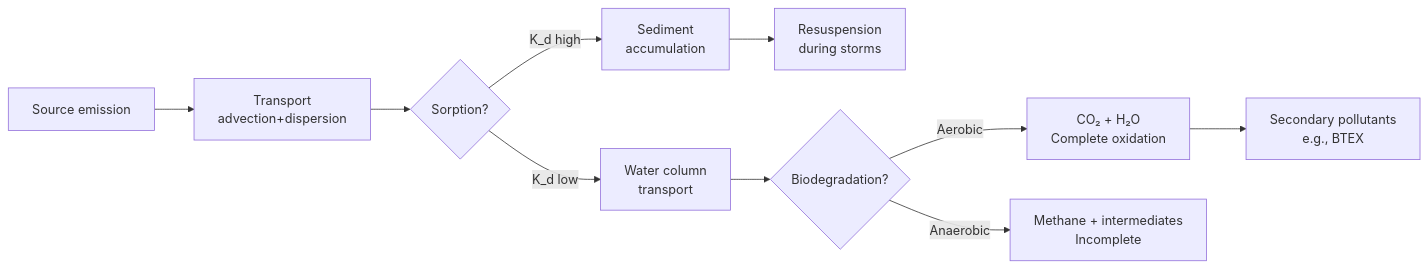
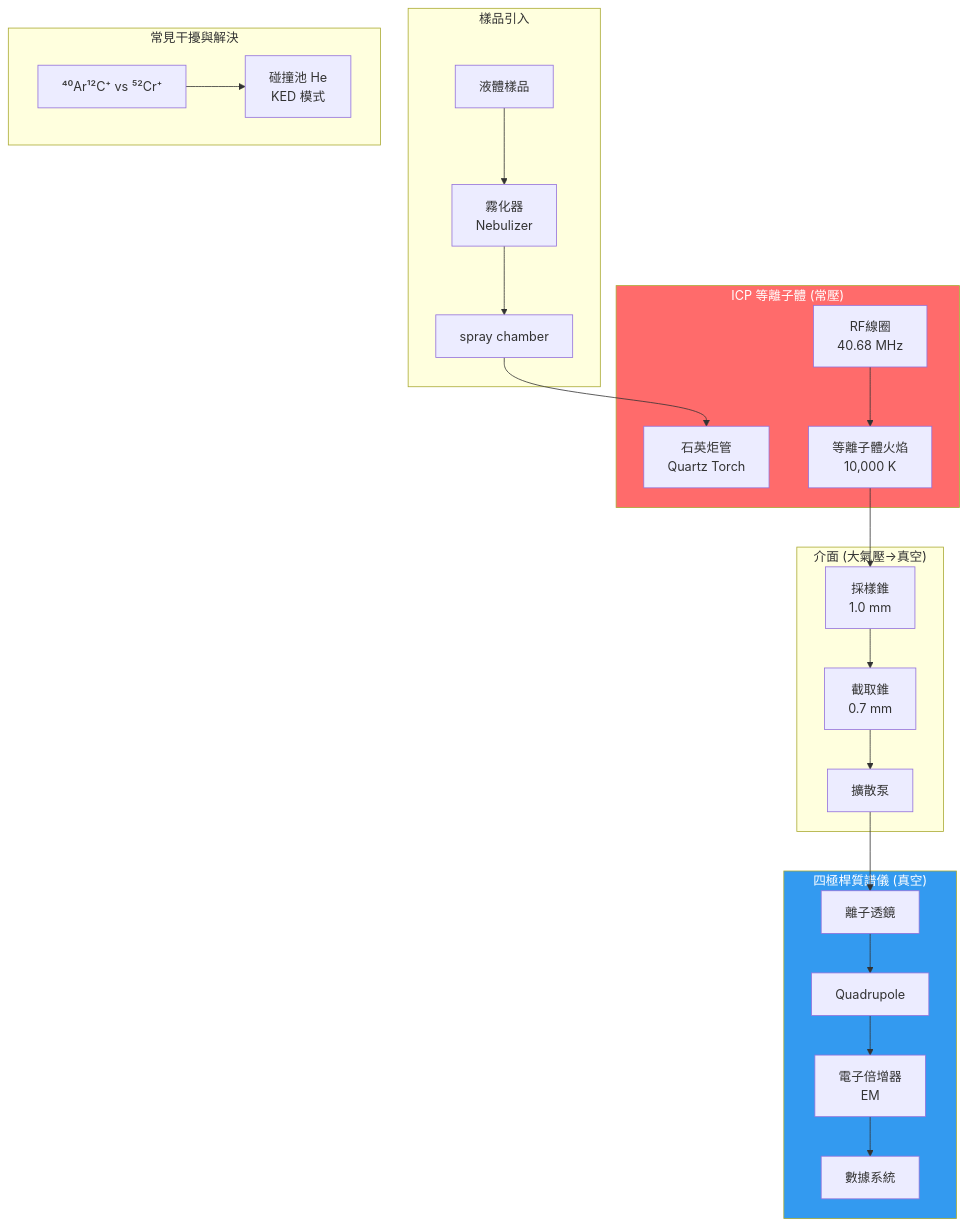
Before and after one commit to yip-lgtm/civil-bootcamp: the second of 5 diagrams in MIT_CEE_Core/Track_1_Environment/Fluids_Transport_Engineering/03_1.107_Water_Air_Quality_Lab.md, drawn with Mermaid. The commit also changed other lines of this file and 8 other files, not shown here.

````diff
--- a/MIT_CEE_Core/Track_1_Environment/Fluids_Transport_Engineering/03_1.107_Water_Air_Quality_Lab.md
+++ b/MIT_CEE_Core/Track_1_Environment/Fluids_Transport_Engineering/03_1.107_Water_Air_Quality_Lab.md
@@ -255,12 +662,41 @@
 ```mermaid
-flowchart LR
-    A[Source emission] --> B[Transport<br/>advection+dispersion]
-    B --> C{Sorption?}
-    C -->|K_d high| D[Sediment<br/>accumulation]
-    C -->|K_d low| E[Water column<br/>transport]
-    D --> F[Resuspension<br/>during storms]
-    E --> G{Biodegradation?}
-    G -->|Aerobic| H[CO₂ + H₂O<br/>Complete oxidation]
-    G -->|Anaerobic| I[Methane + intermediates<br/>Incomplete]
-    H --> J[Secondary pollutants<br/>e.g., BTEX]
+flowchart TD
+    subgraph Sample["樣品引入"]
+        A[液體樣品]
+        B[霧化器<br/>Nebulizer]
+        C[ spray chamber]
+        A --> B --> C
+    end
+    
+    subgraph Plasma["ICP 等離子體 (常壓)"]
+        D[石英炬管<br/>Quartz Torch]
+        E[RF線圈<br/>40.68 MHz]
+        F[等離子體火焰<br/>10,000 K]
+        C --> D
+        E --> F
+    end
+    
+    subgraph Interface["介面 (大氣壓→真空)"]
+        G[採樣錐<br/>1.0 mm]
+        H[截取錐<br/>0.7 mm]
+        I[擴散泵]
+        F --> G --> H --> I
+    end
+    
+    subgraph MS["四極桿質譜儀 (真空)"]
+        J[離子透鏡]
+        K[Quadrupole]
+        L[電子倍增器<br/>EM]
+        M[數據系統]
+        I --> J --> K --> L --> M
+    end
+    
+    subgraph Interferences["常見干擾與解決"]
+        N[⁴⁰Ar¹²C⁺ vs ⁵²Cr⁺]
+        O[碰撞池 He<br/>KED 模式]
+        N --> O
+    end
+    
+    style Plasma fill:#ff6b6b,color:#fff
+    style MS fill:#339af0,color:#fff
 ```
````
